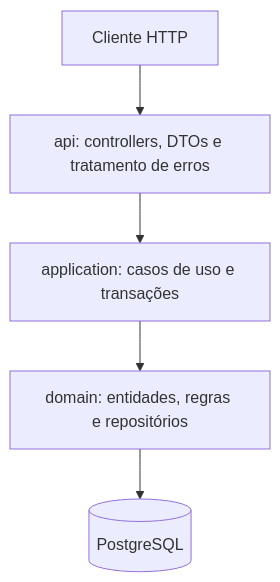
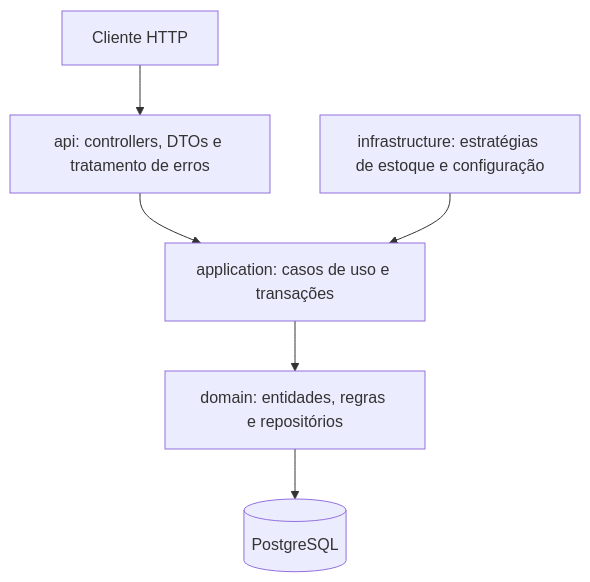
The first of 3 diagrams in README.md (nevvesdev/inventory-guard), drawn with Mermaid before and after one commit. The commit also changed other lines of this file, not shown here.

````diff
--- a/README.md
+++ b/README.md
@@ -116,7 +114,8 @@
 ```mermaid
 flowchart TD
     Cliente[Cliente HTTP] --> API[api: controllers, DTOs e tratamento de erros]
     API --> APP[application: casos de uso e transações]
     APP --> DOM[domain: entidades, regras e repositórios]
+    INF[infrastructure: estratégias de estoque e configuração] --> APP
     DOM --> DB[(PostgreSQL)]
 ```
````
